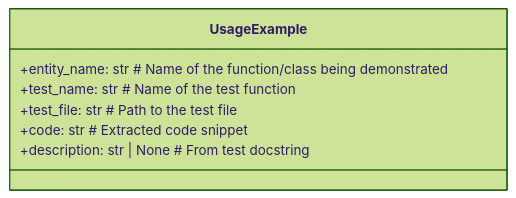
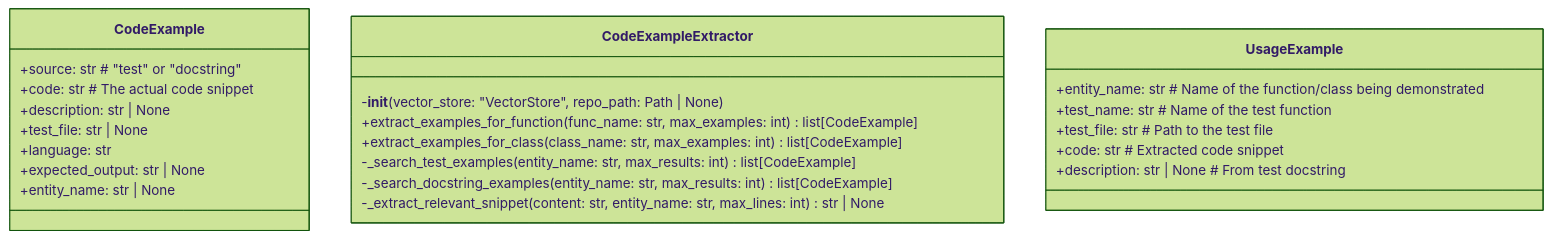
Before and after one commit to UrbanDiver/local-deepwiki-mcp: the first of 2 diagrams in .deepwiki/files/src/local_deepwiki/generators/test_examples.md, drawn with Mermaid (forest theme). The commit also changed other lines of this file and 65 other files, not shown here.

````diff
--- a/.deepwiki/files/src/local_deepwiki/generators/test_examples.md
+++ b/.deepwiki/files/src/local_deepwiki/generators/test_examples.md
@@ -555,10 +1311,27 @@
 ```mermaid
 classDiagram
+    class CodeExample {
+        +source: str  # "test" or "docstring"
+        +code: str  # The actual code snippet
+        +description: str | None
+        +test_file: str | None
+        +language: str
+        +expected_output: str | None
+        +entity_name: str | None
+    }
+    class CodeExampleExtractor {
+        -__init__(vector_store: "VectorStore", repo_path: Path | None)
+        +extract_examples_for_function(func_name: str, max_examples: int) list[CodeExample]
+        +extract_examples_for_class(class_name: str, max_examples: int) list[CodeExample]
+        -_search_test_examples(entity_name: str, max_results: int) list[CodeExample]
+        -_search_docstring_examples(entity_name: str, max_results: int) list[CodeExample]
+        -_extract_relevant_snippet(content: str, entity_name: str, max_lines: int) str | None
+    }
     class UsageExample {
         +entity_name: str  # Name of the function/class being demonstrated
         +test_name: str  # Name of the test function
         +test_file: str  # Path to the test file
         +code: str  # Extracted code snippet
         +description: str | None  # From test docstring
     }
 ```
````
